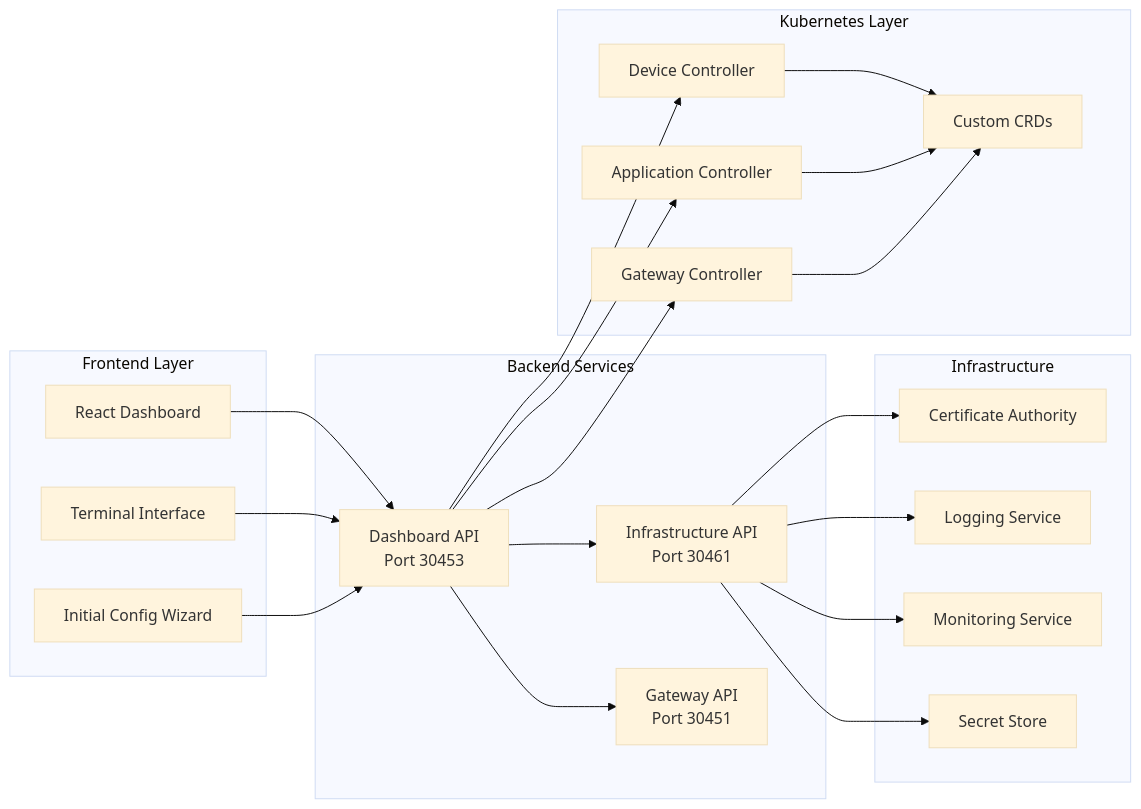
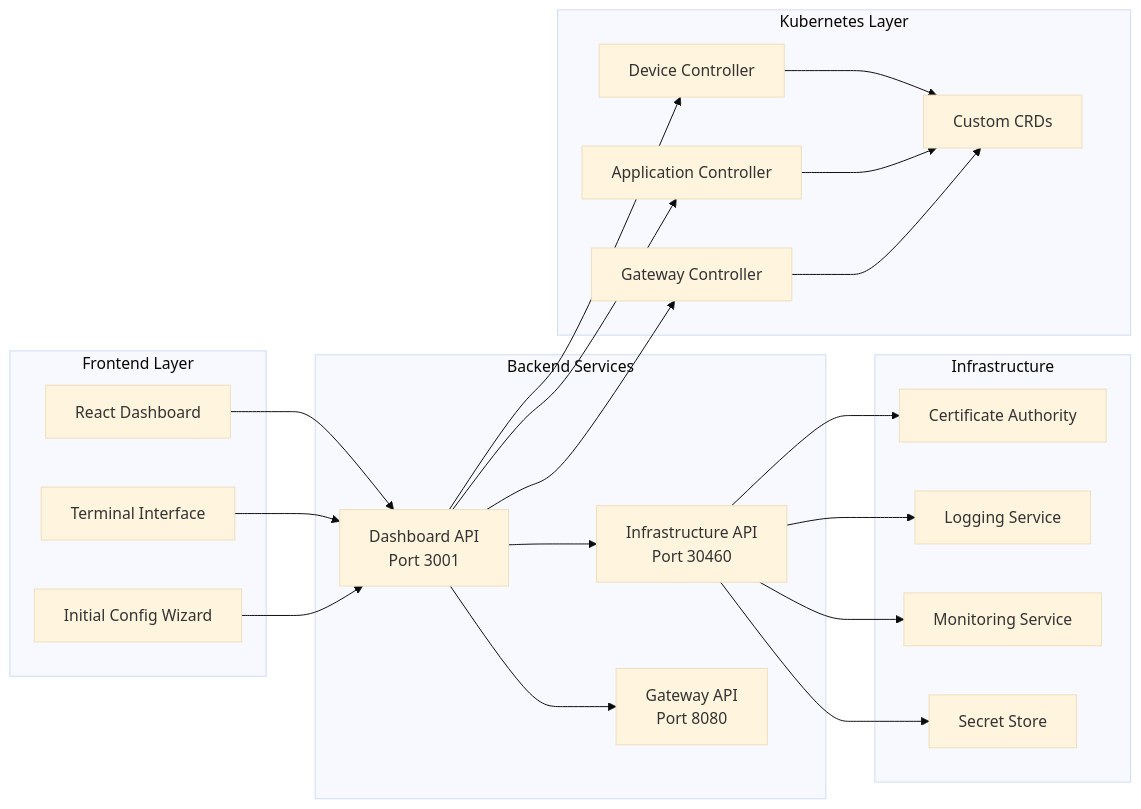
Before and after one commit to lucadagati/retrospect: the second of 11 diagrams in retrospect/README.md, drawn with Mermaid (base theme). The commit also changed other lines of this file and 10 other files, not shown here.

````diff
--- a/retrospect/README.md
+++ b/retrospect/README.md
@@ -111,44 +111,44 @@
 ```mermaid
 graph LR
     subgraph "Frontend Layer"
         REACT[React Dashboard]
         TERM[Terminal Interface]
         CONFIG[Initial Config Wizard]
     end
     
     subgraph "Backend Services"
-        DASH_API[Dashboard API<br/>Port 30453]
-        INFRA_API[Infrastructure API<br/>Port 30461]
-        GW_API[Gateway API<br/>Port 30451]
+        DASH_API[Dashboard API<br/>Port 3001]
+        INFRA_API[Infrastructure API<br/>Port 30460]
+        GW_API[Gateway API<br/>Port 8080]
     end
     
     subgraph "Kubernetes Layer"
         DEV_CTRL[Device Controller]
         APP_CTRL[Application Controller]
         GW_CTRL[Gateway Controller]
         CRDS[Custom CRDs]
     end
     
     subgraph "Infrastructure"
         CA[Certificate Authority]
         LOGS[Logging Service]
         METRICS[Monitoring Service]
         SECRETS[Secret Store]
     end
     
     REACT --> DASH_API
     TERM --> DASH_API
     CONFIG --> DASH_API
     DASH_API --> INFRA_API
     DASH_API --> GW_API
     DASH_API --> DEV_CTRL
     DASH_API --> APP_CTRL
     DASH_API --> GW_CTRL
     DEV_CTRL --> CRDS
     APP_CTRL --> CRDS
     GW_CTRL --> CRDS
     INFRA_API --> CA
     INFRA_API --> LOGS
     INFRA_API --> METRICS
     INFRA_API --> SECRETS
 ```
````
